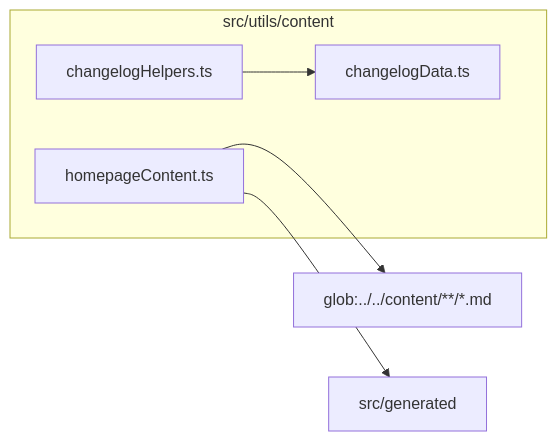
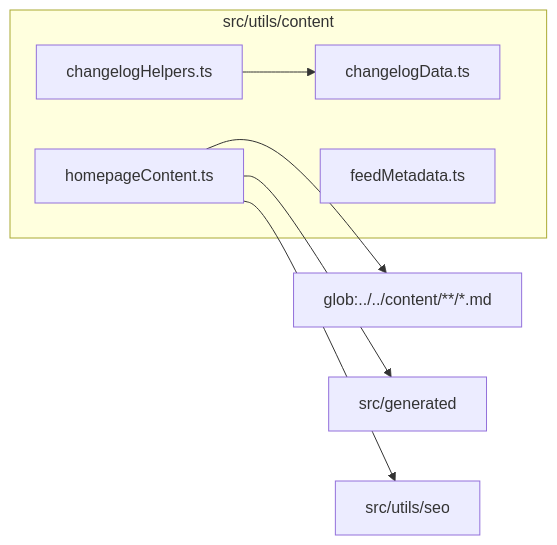
The diagram in src/utils/content/readme.md (ronbuening/LensVisualizer), drawn with Mermaid before and after one commit. The commit also changed other lines of this file and 38 other files, not shown here.

````diff
--- a/src/utils/content/readme.md
+++ b/src/utils/content/readme.md
@@ -9,13 +9,16 @@
 ```mermaid
 flowchart LR
   subgraph n_src_utils_content["src/utils/content"]
     n_src_utils_content_src_utils_content_changelogData_ts["changelogData.ts"]
     n_src_utils_content_src_utils_content_changelogHelpers_ts["changelogHelpers.ts"]
+    n_src_utils_content_src_utils_content_feedMetadata_ts["feedMetadata.ts"]
     n_src_utils_content_src_utils_content_homepageContent_ts["homepageContent.ts"]
   end
   n_external_glob_______content______md["glob:../../content/**/*.md"]
   n_external_src_generated["src/generated"]
+  n_external_src_utils_seo["src/utils/seo"]
   n_src_utils_content_src_utils_content_homepageContent_ts --> n_external_glob_______content______md
   n_src_utils_content_src_utils_content_homepageContent_ts --> n_external_src_generated
+  n_src_utils_content_src_utils_content_homepageContent_ts --> n_external_src_utils_seo
   n_src_utils_content_src_utils_content_changelogHelpers_ts --> n_src_utils_content_src_utils_content_changelogData_ts
 ```
````
